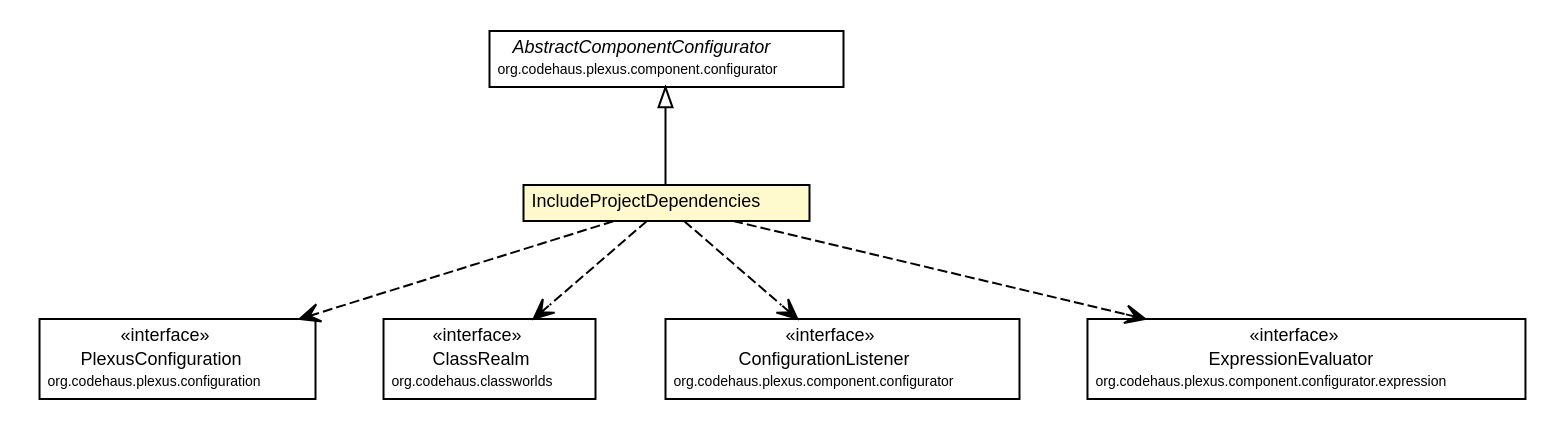
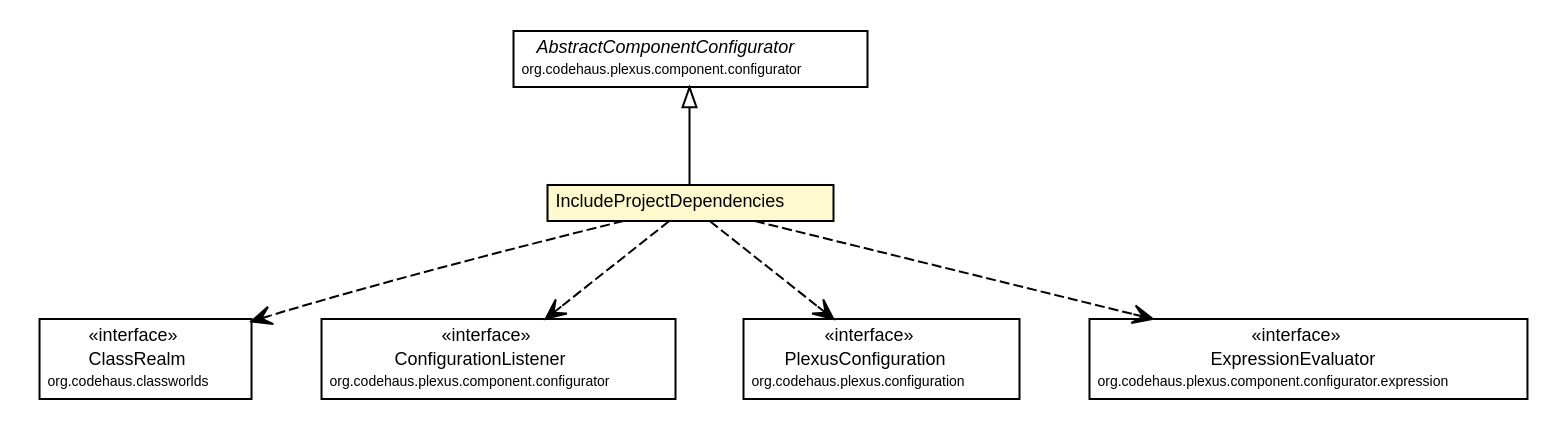
The diagram in site/apidocs/org/synchronoss/cpo/plugin/IncludeProjectDependencies.dot (synchronoss/cpo-api), drawn with Graphviz before and after one commit. The commit also changed 882 other files, not shown here.

```diff
--- a/site/apidocs/org/synchronoss/cpo/plugin/IncludeProjectDependencies.dot
+++ b/site/apidocs/org/synchronoss/cpo/plugin/IncludeProjectDependencies.dot
@@ -1,65 +1,65 @@
 #!/usr/local/bin/dot
 #
 # Class diagram 
 # Generated by UmlGraph version 4.6 (http://www.spinellis.gr/sw/umlgraph)
 #
 
 digraph G {
 	edge [fontname="Helvetica",fontsize=10,labelfontname="Helvetica",labelfontsize=10];
 	node [fontname="Helvetica",fontsize=10,shape=plaintext];
 	// org.synchronoss.cpo.plugin.IncludeProjectDependencies
 	c53834 [label=<<table border="0" cellborder="1" cellspacing="0" cellpadding="2" port="p" bgcolor="lemonChiffon" href="./IncludeProjectDependencies.html">
 		<tr><td><table border="0" cellspacing="0" cellpadding="1">
 			<tr><td> IncludeProjectDependencies </td></tr>
 		</table></td></tr>
 		</table>>, fontname="Helvetica", fontcolor="black", fontsize=9.0];
 	//org.synchronoss.cpo.plugin.IncludeProjectDependencies extends org.codehaus.plexus.component.configurator.AbstractComponentConfigurator
 	c53839:p -> c53834:p [dir=back,arrowtail=empty];
+	// org.synchronoss.cpo.plugin.IncludeProjectDependencies DEPEND org.codehaus.classworlds.ClassRealm
+	c53834:p -> c53842:p [taillabel="", label="", headlabel="", fontname="Helvetica", fontcolor="black", fontsize=10.0, color="black", arrowhead=open, style=dashed];
+	// org.synchronoss.cpo.plugin.IncludeProjectDependencies DEPEND org.codehaus.plexus.component.configurator.ConfigurationListener
+	c53834:p -> c53843:p [taillabel="", label="", headlabel="", fontname="Helvetica", fontcolor="black", fontsize=10.0, color="black", arrowhead=open, style=dashed];
 	// org.synchronoss.cpo.plugin.IncludeProjectDependencies DEPEND org.codehaus.plexus.configuration.PlexusConfiguration
-	c53834:p -> c53840:p [taillabel="", label="", headlabel="", fontname="Helvetica", fontcolor="black", fontsize=10.0, color="black", arrowhead=open, style=dashed];
-	// org.synchronoss.cpo.plugin.IncludeProjectDependencies DEPEND org.codehaus.classworlds.ClassRealm
-	c53834:p -> c53843:p [taillabel="", label="", headlabel="", fontname="Helvetica", fontcolor="black", fontsize=10.0, color="black", arrowhead=open, style=dashed];
-	// org.synchronoss.cpo.plugin.IncludeProjectDependencies DEPEND org.codehaus.plexus.component.configurator.ConfigurationListener
 	c53834:p -> c53844:p [taillabel="", label="", headlabel="", fontname="Helvetica", fontcolor="black", fontsize=10.0, color="black", arrowhead=open, style=dashed];
 	// org.synchronoss.cpo.plugin.IncludeProjectDependencies DEPEND org.codehaus.plexus.component.configurator.expression.ExpressionEvaluator
 	c53834:p -> c53845:p [taillabel="", label="", headlabel="", fontname="Helvetica", fontcolor="black", fontsize=10.0, color="black", arrowhead=open, style=dashed];
 	// org.codehaus.classworlds.ClassRealm
-	c53843 [label=<<table border="0" cellborder="1" cellspacing="0" cellpadding="2" port="p" href="http://java.sun.com/j2se/1.4.2/docs/api/org/codehaus/classworlds/ClassRealm.html">
+	c53842 [label=<<table border="0" cellborder="1" cellspacing="0" cellpadding="2" port="p" href="http://java.sun.com/j2se/1.4.2/docs/api/org/codehaus/classworlds/ClassRealm.html">
 		<tr><td><table border="0" cellspacing="0" cellpadding="1">
 			<tr><td> &laquo;interface&raquo; </td></tr>
 			<tr><td> ClassRealm </td></tr>
 			<tr><td><font point-size="7.0"> org.codehaus.classworlds </font></td></tr>
 		</table></td></tr>
 		</table>>, fontname="Helvetica", fontcolor="black", fontsize=9.0];
 	// org.codehaus.plexus.component.configurator.expression.ExpressionEvaluator
 	c53845 [label=<<table border="0" cellborder="1" cellspacing="0" cellpadding="2" port="p" href="http://java.sun.com/j2se/1.4.2/docs/api/org/codehaus/plexus/component/configurator/expression/ExpressionEvaluator.html">
 		<tr><td><table border="0" cellspacing="0" cellpadding="1">
 			<tr><td> &laquo;interface&raquo; </td></tr>
 			<tr><td> ExpressionEvaluator </td></tr>
 			<tr><td><font point-size="7.0"> org.codehaus.plexus.component.configurator.expression </font></td></tr>
 		</table></td></tr>
 		</table>>, fontname="Helvetica", fontcolor="black", fontsize=9.0];
 	// org.codehaus.plexus.component.configurator.AbstractComponentConfigurator
 	c53839 [label=<<table border="0" cellborder="1" cellspacing="0" cellpadding="2" port="p" href="http://java.sun.com/j2se/1.4.2/docs/api/org/codehaus/plexus/component/configurator/AbstractComponentConfigurator.html">
 		<tr><td><table border="0" cellspacing="0" cellpadding="1">
 			<tr><td><font face="Helvetica-Oblique"> AbstractComponentConfigurator </font></td></tr>
 			<tr><td><font point-size="7.0"> org.codehaus.plexus.component.configurator </font></td></tr>
 		</table></td></tr>
 		</table>>, fontname="Helvetica", fontcolor="black", fontsize=9.0];
 	// org.codehaus.plexus.component.configurator.ConfigurationListener
-	c53844 [label=<<table border="0" cellborder="1" cellspacing="0" cellpadding="2" port="p" href="http://java.sun.com/j2se/1.4.2/docs/api/org/codehaus/plexus/component/configurator/ConfigurationListener.html">
+	c53843 [label=<<table border="0" cellborder="1" cellspacing="0" cellpadding="2" port="p" href="http://java.sun.com/j2se/1.4.2/docs/api/org/codehaus/plexus/component/configurator/ConfigurationListener.html">
 		<tr><td><table border="0" cellspacing="0" cellpadding="1">
 			<tr><td> &laquo;interface&raquo; </td></tr>
 			<tr><td> ConfigurationListener </td></tr>
 			<tr><td><font point-size="7.0"> org.codehaus.plexus.component.configurator </font></td></tr>
 		</table></td></tr>
 		</table>>, fontname="Helvetica", fontcolor="black", fontsize=9.0];
 	// org.codehaus.plexus.configuration.PlexusConfiguration
-	c53840 [label=<<table border="0" cellborder="1" cellspacing="0" cellpadding="2" port="p" href="http://java.sun.com/j2se/1.4.2/docs/api/org/codehaus/plexus/configuration/PlexusConfiguration.html">
+	c53844 [label=<<table border="0" cellborder="1" cellspacing="0" cellpadding="2" port="p" href="http://java.sun.com/j2se/1.4.2/docs/api/org/codehaus/plexus/configuration/PlexusConfiguration.html">
 		<tr><td><table border="0" cellspacing="0" cellpadding="1">
 			<tr><td> &laquo;interface&raquo; </td></tr>
 			<tr><td> PlexusConfiguration </td></tr>
 			<tr><td><font point-size="7.0"> org.codehaus.plexus.configuration </font></td></tr>
 		</table></td></tr>
 		</table>>, fontname="Helvetica", fontcolor="black", fontsize=9.0];
 }
```
